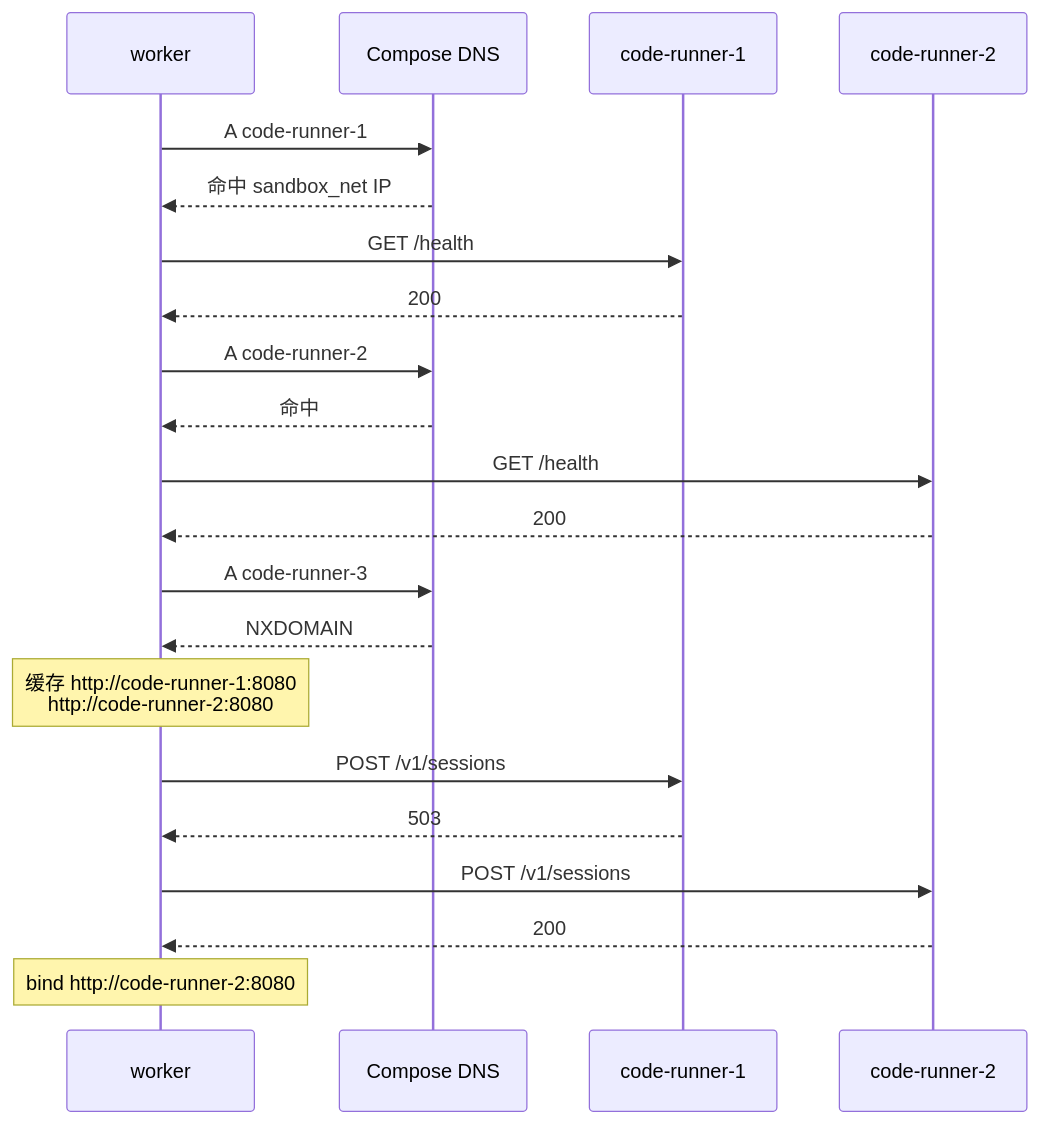
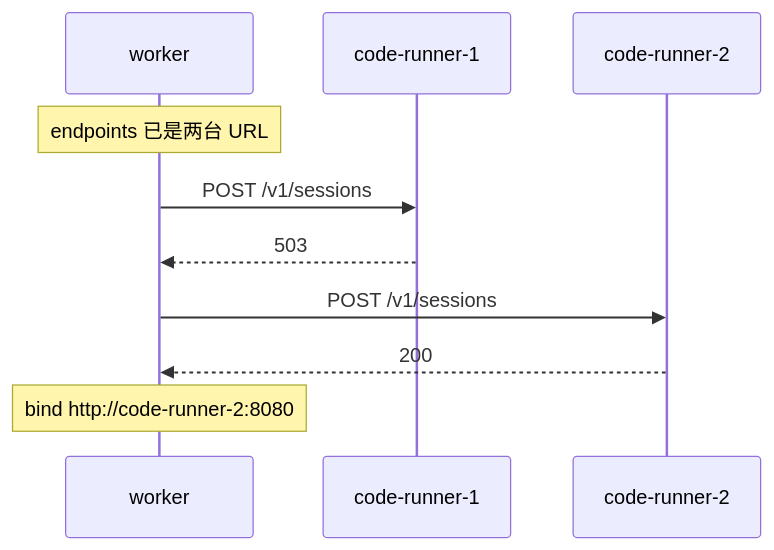
One commit to dataelement/bisheng changed diagram 11 of 15 in features/v3.0.0-beta1/068-code-execution-sandbox/design.md. Above: the diagram before and after it, drawn with Mermaid. The commit also changed other lines of this file and 53 other files, not shown here.

````diff
--- a/features/v3.0.0-beta1/068-code-execution-sandbox/design.md
+++ b/features/v3.0.0-beta1/068-code-execution-sandbox/design.md
@@ -762,24 +742,13 @@
 ```mermaid
 sequenceDiagram
     participant W as worker
-    participant DNS as Compose DNS
     participant R1 as code-runner-1
     participant R2 as code-runner-2
 
-    W->>DNS: A code-runner-1
-    DNS-->>W: 命中 sandbox_net IP
-    W->>R1: GET /health
-    R1-->>W: 200
-    W->>DNS: A code-runner-2
-    DNS-->>W: 命中
-    W->>R2: GET /health
-    R2-->>W: 200
-    W->>DNS: A code-runner-3
-    DNS-->>W: NXDOMAIN
-    Note over W: 缓存 http://code-runner-1:8080<br/>http://code-runner-2:8080
+    Note over W: endpoints 已是两台 URL
     W->>R1: POST /v1/sessions
     R1-->>W: 503
     W->>R2: POST /v1/sessions
     R2-->>W: 200
     Note over W: bind http://code-runner-2:8080
 ```
````
